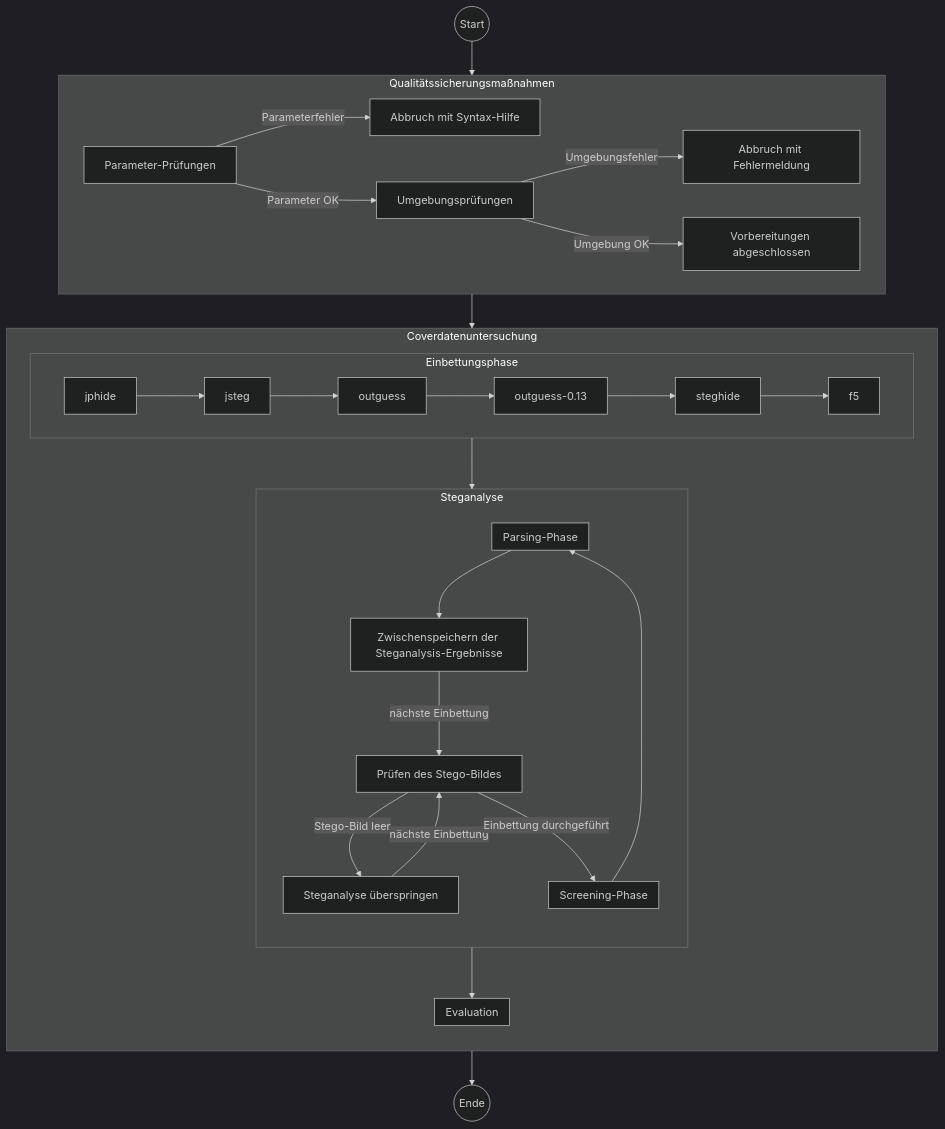
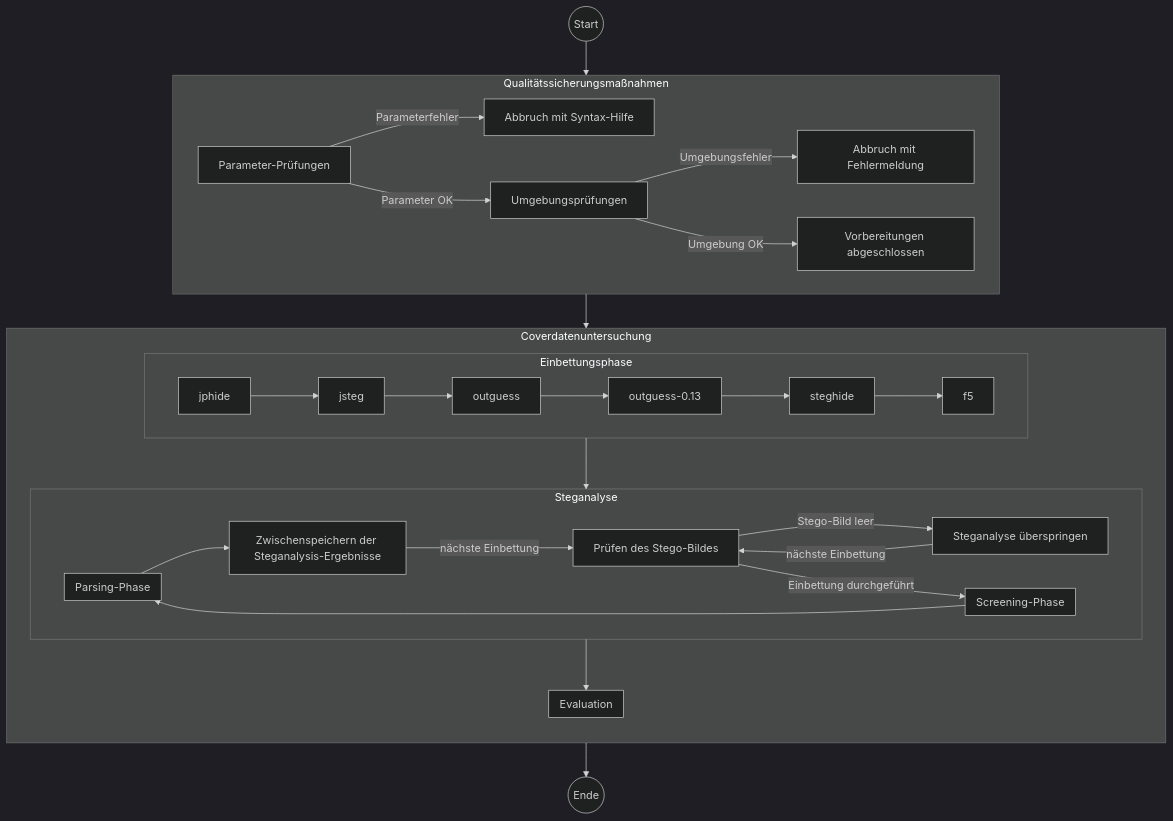
One commit to bh-8/amsl-it-security-projects changed the diagram in SMKITS5/README.md. Above: the diagram before and after it, drawn with Mermaid (dark theme).

````diff
--- a/SMKITS5/README.md
+++ b/SMKITS5/README.md
@@ -104,61 +104,61 @@
     ```mermaid
     flowchart TB
       start(("Start"))
       subgraph Qualitätssicherungsmaßnahmen
         direction LR
         paramchecks["Parameter-Prüfungen"]
         aborthelp["Abbruch mit Syntax-Hilfe"]
         envchecks["Umgebungsprüfungen"]
         aborterr["Abbruch mit Fehlermeldung"]
         qa["Vorbereitungen abgeschlossen"]
         paramchecks
         paramchecks--"Parameterfehler"-->aborthelp
         paramchecks--"Parameter OK"-->envchecks
         envchecks--"Umgebungsfehler"-->aborterr
         envchecks--"Umgebung OK"-->qa
       end
       subgraph Coverdatenuntersuchung
         direction TB
         subgraph Einbettungsphase
           direction LR
           jphide["jphide"]
           jsteg["jsteg"]
           outguess["outguess"]
           outguess-0.13["outguess-0.13"]
           steghide["steghide"]
           f5["f5"]
           jphide-->jsteg
           jsteg-->outguess
           outguess-->outguess-0.13
           outguess-0.13-->steghide
           steghide-->f5
         end
         subgraph Steganalyse
-          direction TB
+          direction LR
           stegocheck["Prüfen des Stego-Bildes"]
           skipempty["Steganalyse überspringen"]
           subgraph Screening-Phase
           
           end
           subgraph Parsing-Phase
           
           end
           savecsv["Zwischenspeichern der Steganalysis-Ergebnisse"]
           stegocheck--"Stego-Bild leer"-->skipempty
           skipempty--"nächste Einbettung"-->stegocheck
           stegocheck--"Einbettung durchgeführt"-->Screening-Phase
           Screening-Phase-->Parsing-Phase
           Parsing-Phase-->savecsv
           savecsv--"nächste Einbettung"-->stegocheck
         end
         subgraph Evaluation
         
         end
         Einbettungsphase-->Steganalyse
         Steganalyse-->Evaluation
       end
       finish(("Ende"))
       start-->Qualitätssicherungsmaßnahmen
       Qualitätssicherungsmaßnahmen-->Coverdatenuntersuchung
       Coverdatenuntersuchung-->finish
     ```  
````
